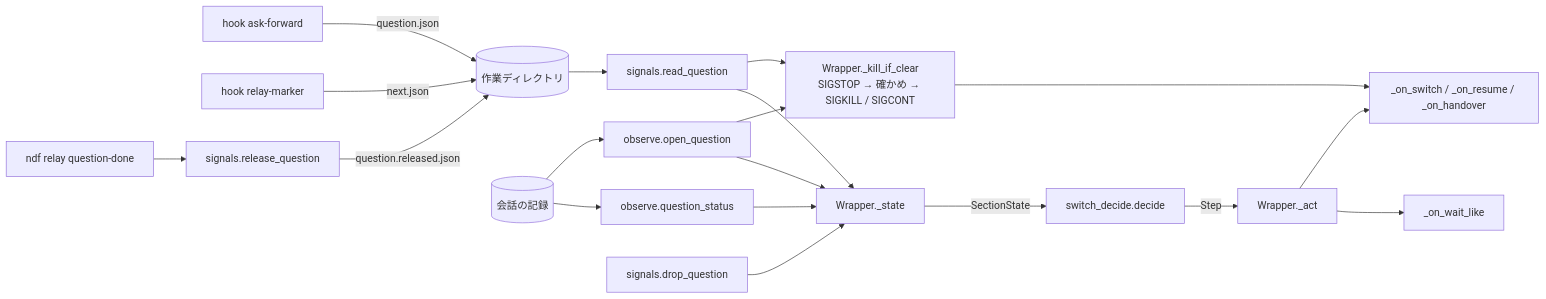
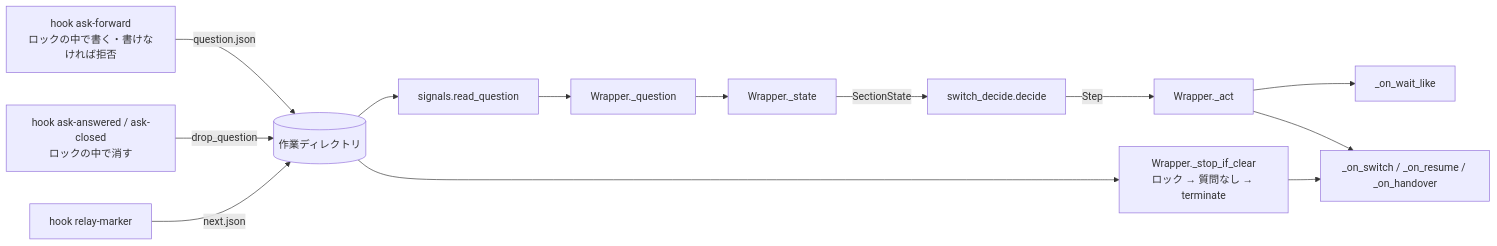
The third of 4 diagrams in issues/issue-3814-design.md (devbasex/ai-plugins), drawn with Mermaid before and after one commit. The commit also changed other lines of this file and 4 other files, not shown here.

````diff
--- a/issues/issue-3814-design.md
+++ b/issues/issue-3814-design.md
@@ -105,17 +113,13 @@
 ```mermaid
 flowchart LR
-  H1[hook ask-forward] -->|question.json| SIG[(作業ディレクトリ)]
+  H1[hook ask-forward<br/>ロックの中で書く・書けなければ拒否] -->|question.json| SIG[(作業ディレクトリ)]
+  H3[hook ask-answered / ask-closed<br/>ロックの中で消す] -->|drop_question| SIG
   H2[hook relay-marker] -->|next.json| SIG
-  SIG --> RQ[signals.read_question] --> ST[Wrapper._state]
-  TR[(会話の記録)] --> OB[observe.question_status] --> ST
-  TR --> OQ[observe.open_question] --> ST
+  SIG --> RQ[signals.read_question] --> QS[Wrapper._question] --> ST[Wrapper._state]
   ST -->|SectionState| D[switch_decide.decide]
   D -->|Step| ACT[Wrapper._act]
   ACT --> FW[_on_wait_like]
   ACT --> SW[_on_switch / _on_resume / _on_handover]
-  KC[Wrapper._kill_if_clear<br/>SIGSTOP → 確かめ → SIGKILL / SIGCONT] --> SW
-  RQ --> KC
-  OQ --> KC
-  DQ[signals.drop_question] --> ST
-  QD[ndf relay question-done] --> RL[signals.release_question] -->|question.released.json| SIG
+  SC[Wrapper._stop_if_clear<br/>ロック → 質問なし → terminate] --> SW
+  SIG --> SC
 ```
````
